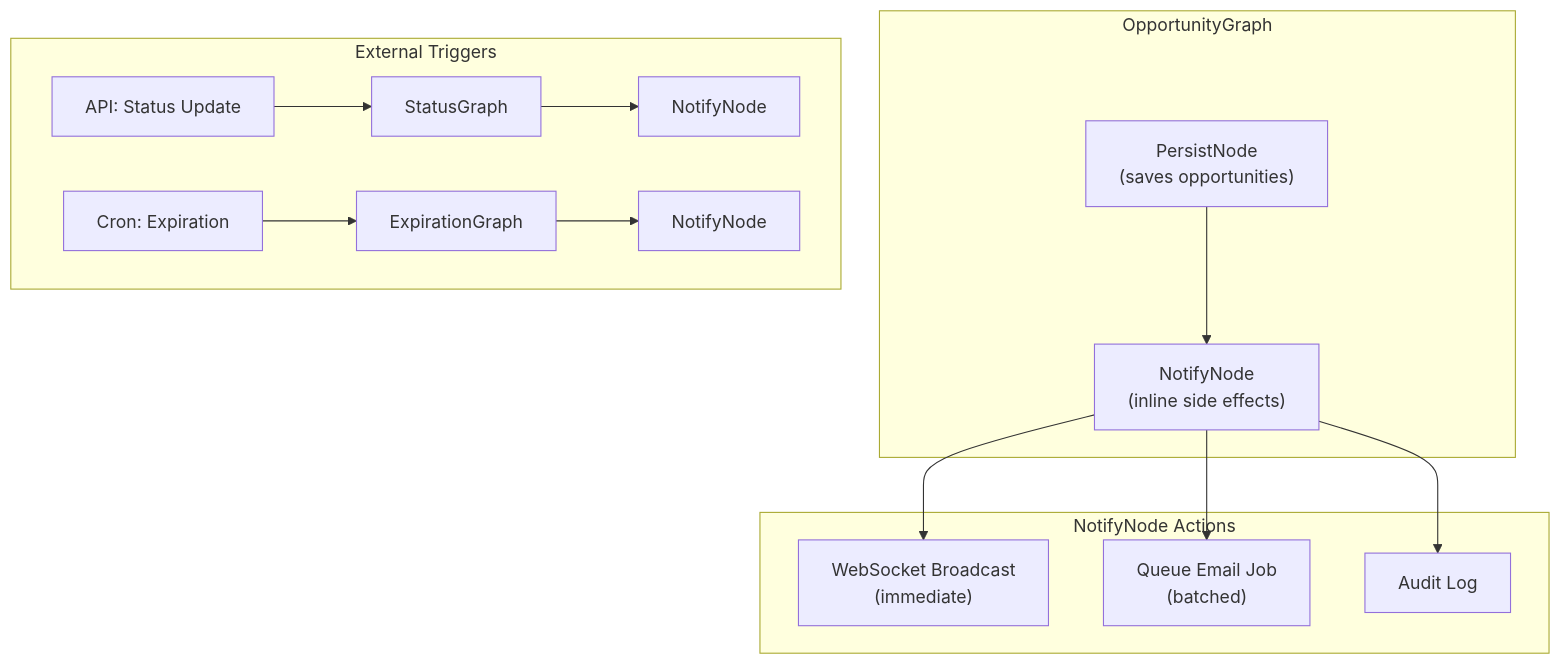
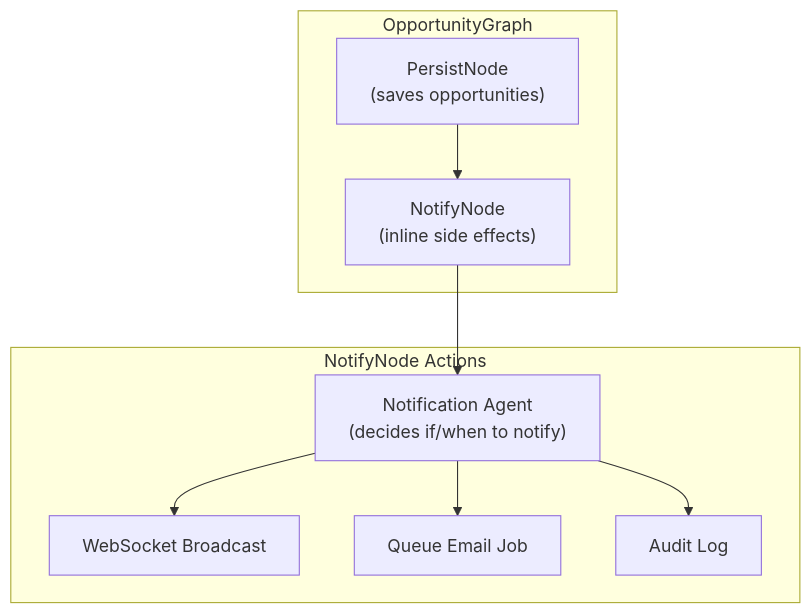
The fifth of 7 diagrams in protocol/plans/opportunity-redesign-plan.md (yanekyuk/index), drawn with Mermaid before and after one commit. The commit also changed other lines of this file, not shown here.

````diff
--- a/protocol/plans/opportunity-redesign-plan.md
+++ b/protocol/plans/opportunity-redesign-plan.md
@@ -823,20 +923,14 @@
 ```mermaid
 flowchart TD
     subgraph "OpportunityGraph"
         PERSIST["PersistNode<br/>(saves opportunities)"]
         PERSIST --> NOTIFY["NotifyNode<br/>(inline side effects)"]
     end
     
     subgraph "NotifyNode Actions"
-        NOTIFY --> WS["WebSocket Broadcast<br/>(immediate)"]
-        NOTIFY --> QUEUE["Queue Email Job<br/>(batched)"]
-        NOTIFY --> LOG["Audit Log"]
-    end
-    
-    subgraph "External Triggers"
-        API["API: Status Update"] --> SG["StatusGraph"]
-        SG --> NOTIFY2["NotifyNode"]
-        CRON["Cron: Expiration"] --> EG["ExpirationGraph"]
-        EG --> NOTIFY3["NotifyNode"]
+        NOTIFY --> AGENT["Notification Agent<br/>(decides if/when to notify)"]
+        AGENT --> WS["WebSocket Broadcast"]
+        AGENT --> QUEUE["Queue Email Job"]
+        AGENT --> LOG["Audit Log"]
     end
 ```
````
